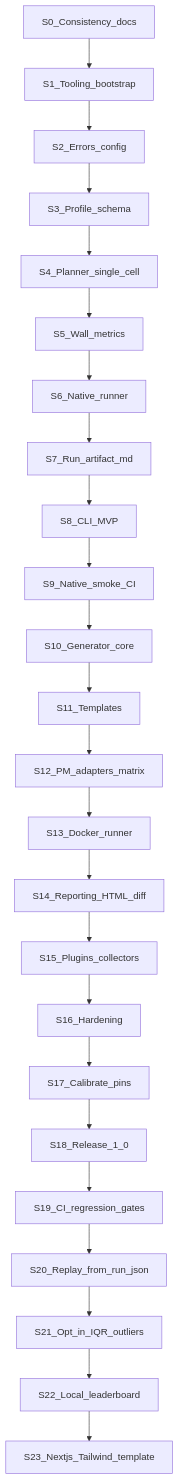
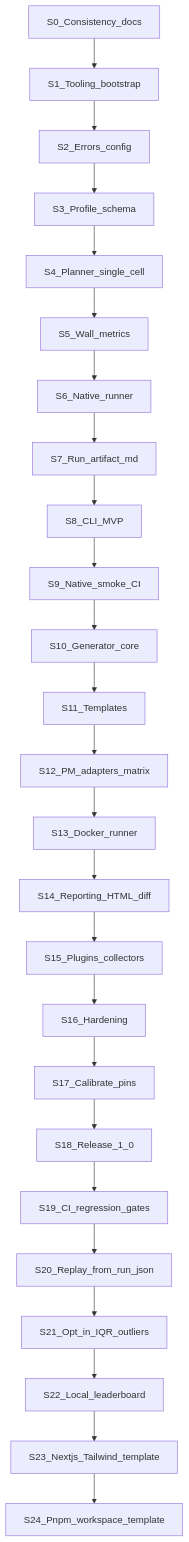
Before and after one commit to arintsohaib/nodejs-benchmark-suite: the diagram in docs/17_IMPLEMENTATION_PLAN.md, drawn with Mermaid. The commit also changed other lines of this file and 19 other files, not shown here.

Commit message:
feat(generator): complete S24 pnpm workspace template

````diff
--- a/docs/17_IMPLEMENTATION_PLAN.md
+++ b/docs/17_IMPLEMENTATION_PLAN.md
@@ -68,26 +68,27 @@
 ```mermaid
 flowchart TB
   S0[S0_Consistency_docs] --> S1[S1_Tooling_bootstrap]
   S1 --> S2[S2_Errors_config]
   S2 --> S3[S3_Profile_schema]
   S3 --> S4[S4_Planner_single_cell]
   S4 --> S5[S5_Wall_metrics]
   S5 --> S6[S6_Native_runner]
   S6 --> S7[S7_Run_artifact_md]
   S7 --> S8[S8_CLI_MVP]
   S8 --> S9[S9_Native_smoke_CI]
   S9 --> S10[S10_Generator_core]
   S10 --> S11[S11_Templates]
   S11 --> S12[S12_PM_adapters_matrix]
   S12 --> S13[S13_Docker_runner]
   S13 --> S14[S14_Reporting_HTML_diff]
   S14 --> S15[S15_Plugins_collectors]
   S15 --> S16[S16_Hardening]
   S16 --> S17[S17_Calibrate_pins]
   S17 --> S18[S18_Release_1_0]
   S18 --> S19[S19_CI_regression_gates]
   S19 --> S20[S20_Replay_from_run_json]
   S20 --> S21[S21_Opt_in_IQR_outliers]
   S21 --> S22[S22_Local_leaderboard]
   S22 --> S23[S23_Nextjs_Tailwind_template]
+  S23 --> S24[S24_Pnpm_workspace_template]
 ```
````
